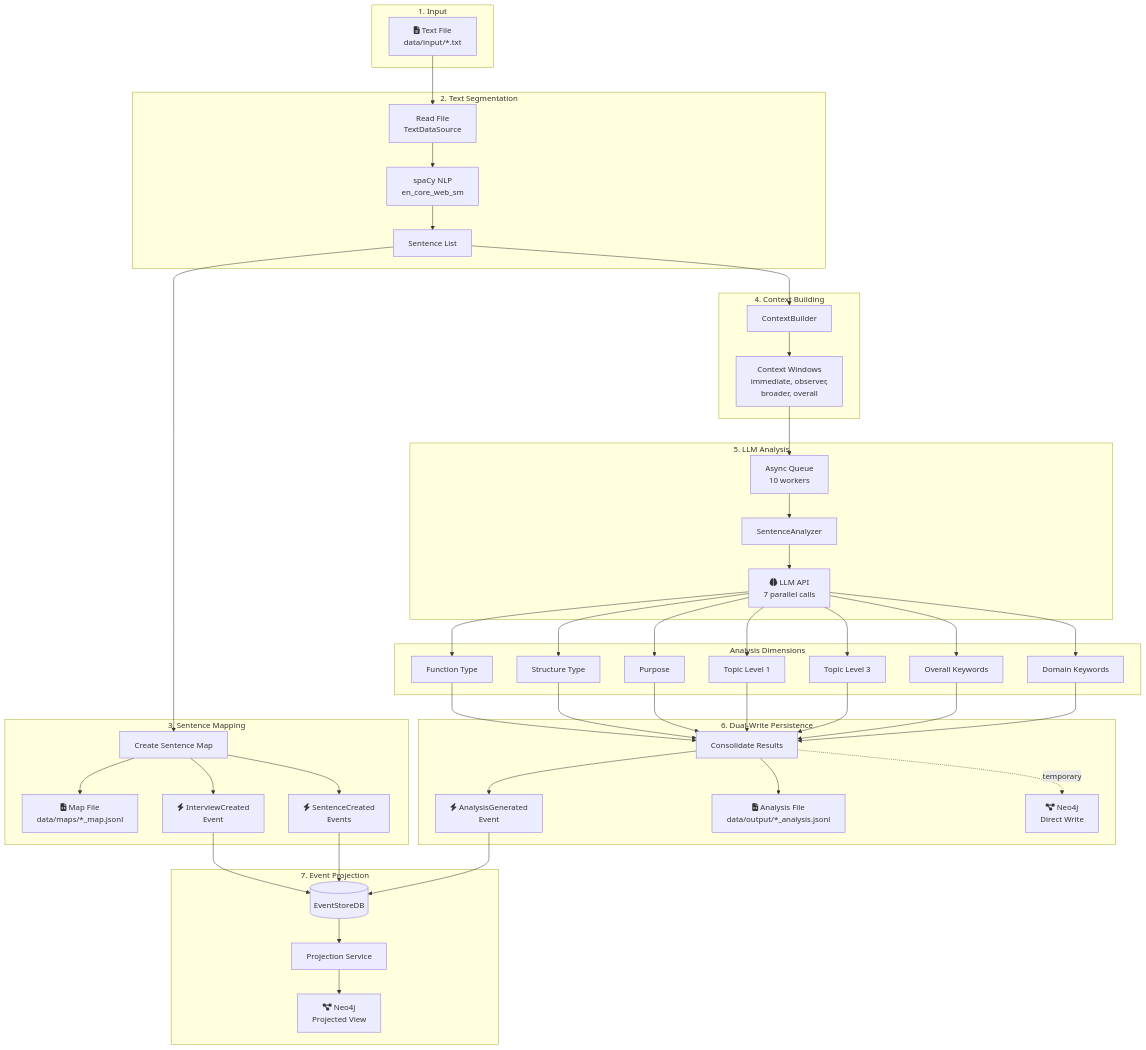
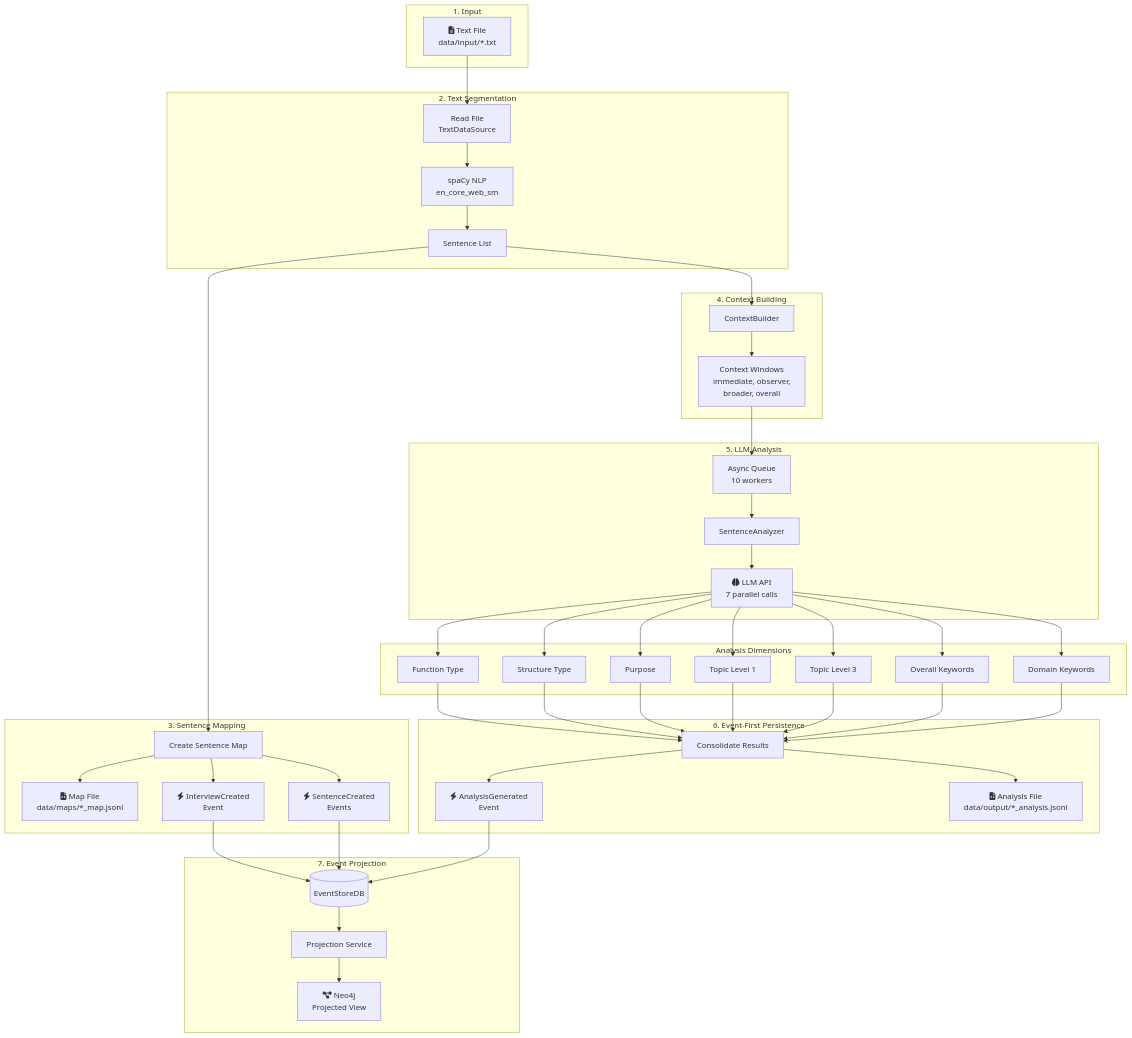
Before and after one commit to DigitalCowboyN/interview_analyzer_chaining: the first of 5 diagrams in docs/architecture/data-flow.md, drawn with Mermaid. The commit also changed other lines of this file and 1 other file, not shown here.

First line of the commit message:
Update architecture docs for single-writer architecture (M3.0)

````diff
--- a/docs/architecture/data-flow.md
+++ b/docs/architecture/data-flow.md
@@ -9,76 +9,74 @@
 ```mermaid
 flowchart TD
     subgraph Input["1. Input"]
         file[fa:fa-file-text Text File<br/>data/input/*.txt]
     end
 
     subgraph Segmentation["2. Text Segmentation"]
         read[Read File<br/>TextDataSource]
         spacy[spaCy NLP<br/>en_core_web_sm]
         sentences[Sentence List]
 
         read --> spacy --> sentences
     end
 
     subgraph Mapping["3. Sentence Mapping"]
         map_create[Create Sentence Map]
         map_file[fa:fa-file-code Map File<br/>data/maps/*_map.jsonl]
         event_interview[fa:fa-bolt InterviewCreated<br/>Event]
         event_sentence[fa:fa-bolt SentenceCreated<br/>Events]
 
         sentences --> map_create
         map_create --> map_file
         map_create --> event_interview
         map_create --> event_sentence
     end
 
     subgraph Context["4. Context Building"]
         context[ContextBuilder]
         windows[Context Windows<br/>immediate, observer,<br/>broader, overall]
 
         sentences --> context --> windows
     end
 
     subgraph Analysis["5. LLM Analysis"]
         queue[Async Queue<br/>10 workers]
         analyzer[SentenceAnalyzer]
         llm[fa:fa-brain LLM API<br/>7 parallel calls]
 
         windows --> queue --> analyzer --> llm
     end
 
     subgraph Classification["Analysis Dimensions"]
         func[Function Type]
         struct[Structure Type]
         purpose[Purpose]
         topic1[Topic Level 1]
         topic3[Topic Level 3]
         kw_overall[Overall Keywords]
         kw_domain[Domain Keywords]
 
         llm --> func & struct & purpose & topic1 & topic3 & kw_overall & kw_domain
     end
 
-    subgraph Persistence["6. Dual-Write Persistence"]
+    subgraph Persistence["6. Event-First Persistence"]
         consolidate[Consolidate Results]
         event_analysis[fa:fa-bolt AnalysisGenerated<br/>Event]
         jsonl[fa:fa-file-code Analysis File<br/>data/output/*_analysis.jsonl]
-        neo4j_direct[fa:fa-project-diagram Neo4j<br/>Direct Write]
 
         func & struct & purpose & topic1 & topic3 & kw_overall & kw_domain --> consolidate
         consolidate --> event_analysis
         consolidate --> jsonl
-        consolidate -.->|temporary| neo4j_direct
     end
 
     subgraph Projection["7. Event Projection"]
         eventstore[(EventStoreDB)]
         proj_service[Projection Service]
         neo4j_proj[fa:fa-project-diagram Neo4j<br/>Projected View]
 
         event_interview & event_sentence & event_analysis --> eventstore
         eventstore --> proj_service --> neo4j_proj
     end
 
     file --> read
 ```
````
